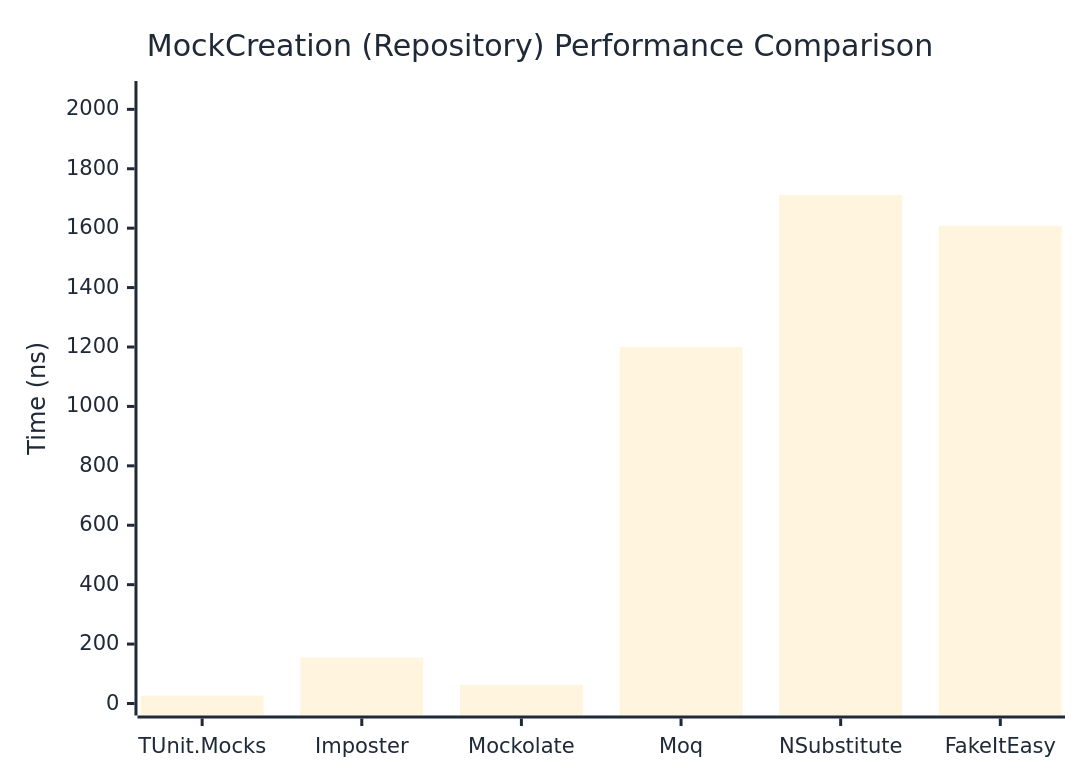
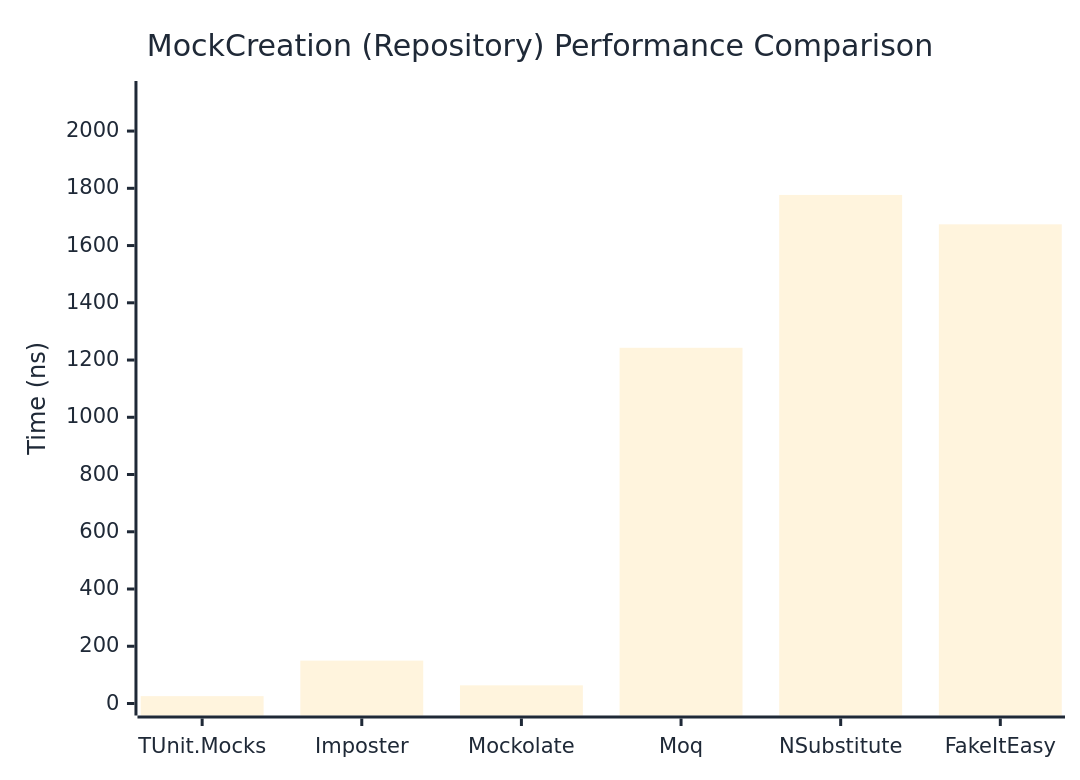
Before and after one commit to thomhurst/TUnit: the second of 2 diagrams in docs/docs/benchmarks/mocks/MockCreation.md, drawn with Mermaid. The commit also changed other lines of this file and 14 other files, not shown here.

````diff
--- a/docs/docs/benchmarks/mocks/MockCreation.md
+++ b/docs/docs/benchmarks/mocks/MockCreation.md
@@ -69,27 +69,27 @@
 ```mermaid
 %%{init: {
   'theme':'base',
   'themeVariables': {
     'primaryColor': '#2563eb',
     'primaryTextColor': '#1f2937',
     'primaryBorderColor': '#1e40af',
     'lineColor': '#6b7280',
     'secondaryColor': '#7c3aed',
     'tertiaryColor': '#dc2626',
     'background': '#ffffff',
     'pie1': '#2563eb',
     'pie2': '#7c3aed',
     'pie3': '#dc2626',
     'pie4': '#f59e0b',
     'pie5': '#10b981',
     'pie6': '#06b6d4',
     'pie7': '#ec4899',
     'pie8': '#6366f1'
   }
 }}%%
 xychart-beta
   title "MockCreation (Repository) Performance Comparison"
   x-axis ["TUnit.Mocks", "Imposter", "Mockolate", "Moq", "NSubstitute", "FakeItEasy"]
-  y-axis "Time (ns)" 0 --> 2055
-  bar [26.49, 154.86, 62.9, 1200.15, 1711.84, 1607.79]
+  y-axis "Time (ns)" 0 --> 2133
+  bar [25.78, 149.81, 63.44, 1242.78, 1776.87, 1674.16]
 ```
````
